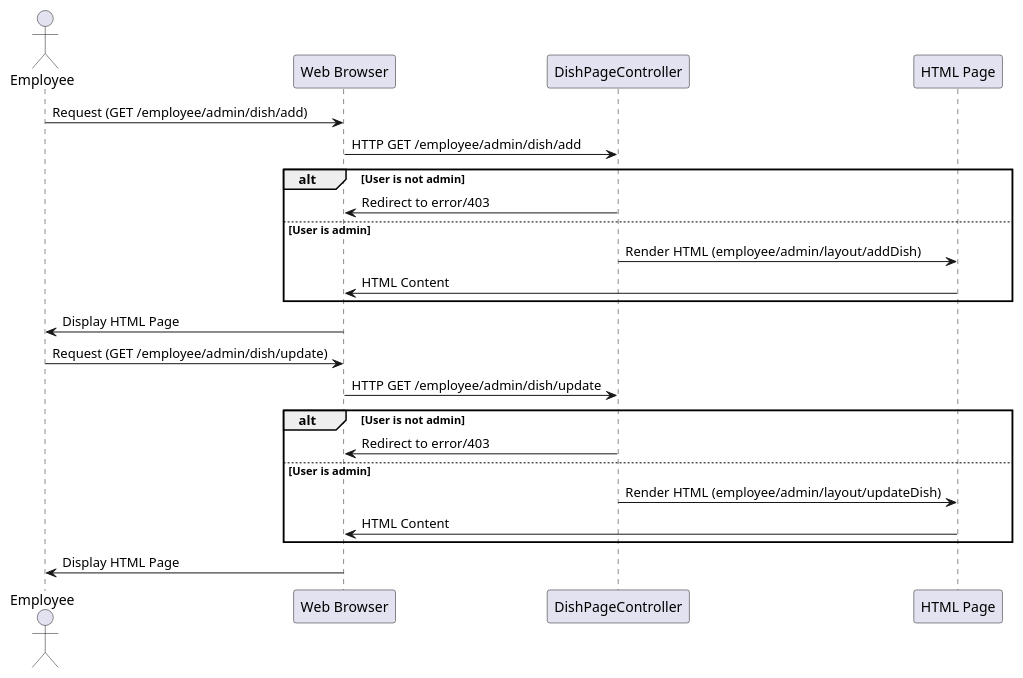
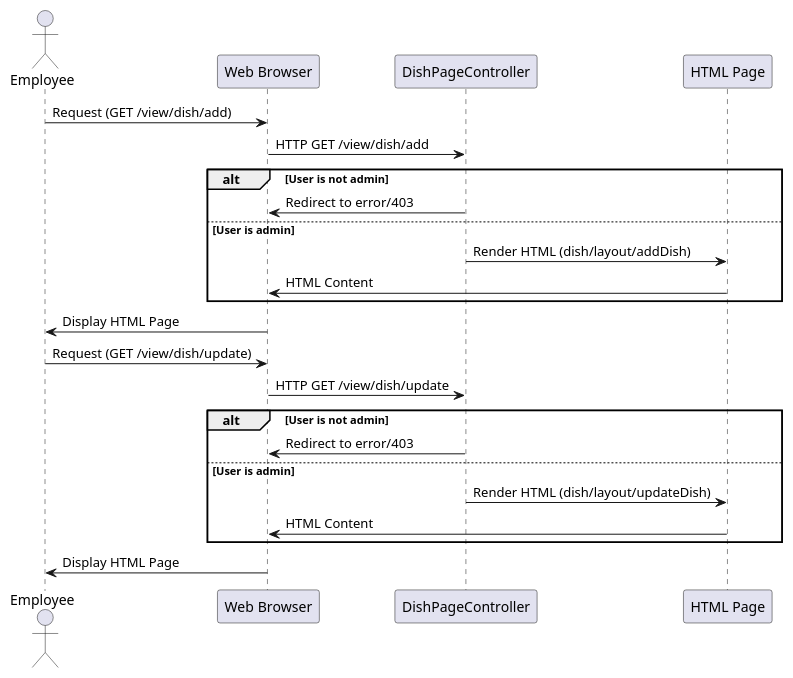
The diagram in uml/dish/DishPageController.puml (pheninux2/gestork), drawn with PlantUML before and after one commit. The commit also changed 74 other files, not shown here.

```diff
--- a/uml/dish/DishPageController.puml
+++ b/uml/dish/DishPageController.puml
@@ -1,26 +1,26 @@
 @startuml
 actor Employee
 participant "Web Browser" as Browser
 participant "DishPageController" as Controller
 participant "HTML Page" as Page
 
-Employee -> Browser: Request (GET /employee/admin/dish/add)
-Browser -> Controller: HTTP GET /employee/admin/dish/add
+Employee -> Browser: Request (GET /view/dish/add)
+Browser -> Controller: HTTP GET /view/dish/add
 alt User is not admin
     Controller -> Browser: Redirect to error/403
 else User is admin
-    Controller -> Page: Render HTML (employee/admin/layout/addDish)
+    Controller -> Page: Render HTML (dish/layout/addDish)
     Page -> Browser: HTML Content
 end
 Browser -> Employee: Display HTML Page
 
-Employee -> Browser: Request (GET /employee/admin/dish/update)
-Browser -> Controller: HTTP GET /employee/admin/dish/update
+Employee -> Browser: Request (GET /view/dish/update)
+Browser -> Controller: HTTP GET /view/dish/update
 alt User is not admin
     Controller -> Browser: Redirect to error/403
 else User is admin
-    Controller -> Page: Render HTML (employee/admin/layout/updateDish)
+    Controller -> Page: Render HTML (dish/layout/updateDish)
     Page -> Browser: HTML Content
 end
 Browser -> Employee: Display HTML Page
 @enduml
```
